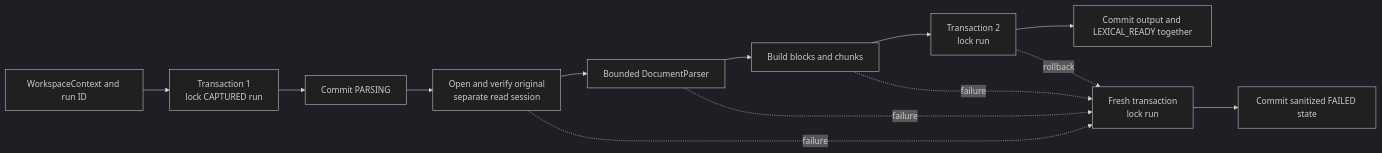
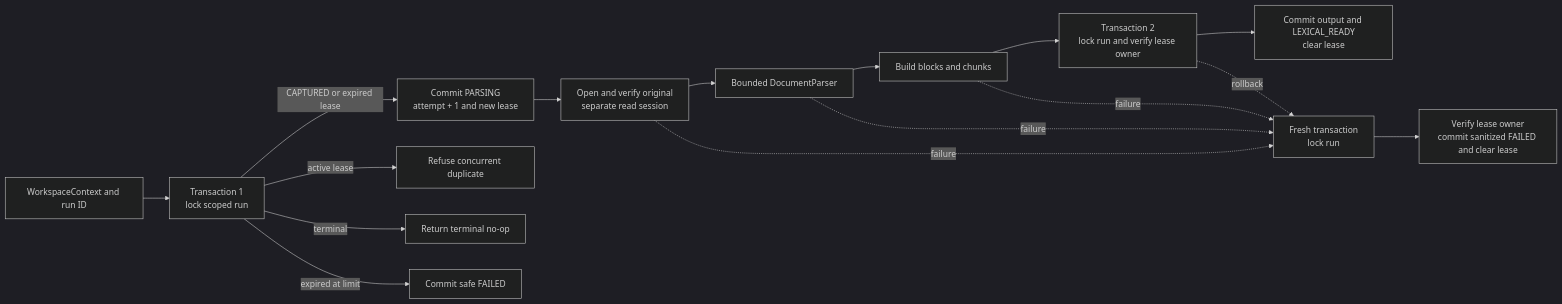
The third of 7 diagrams in backend/src/investment_research/modules/processing/README.md (rnkraus/investment-research), drawn with Mermaid (dark theme) before and after one commit. The commit also changed other lines of this file and 18 other files, not shown here.

````diff
--- a/backend/src/investment_research/modules/processing/README.md
+++ b/backend/src/investment_research/modules/processing/README.md
@@ -91,15 +105,18 @@
 ```mermaid
 flowchart LR
-    INPUT[WorkspaceContext and run ID] --> START[Transaction 1<br/>lock CAPTURED run]
-    START --> PARSING[Commit PARSING]
+    INPUT[WorkspaceContext and run ID] --> START[Transaction 1<br/>lock scoped run]
+    START -->|CAPTURED or expired lease| PARSING[Commit PARSING<br/>attempt + 1 and new lease]
+    START -->|active lease| BUSY[Refuse concurrent duplicate]
+    START -->|terminal| NOOP[Return terminal no-op]
+    START -->|expired at limit| EXHAUSTED[Commit safe FAILED]
     PARSING --> ORIGINAL[Open and verify original<br/>separate read session]
     ORIGINAL --> PARSER[Bounded DocumentParser]
     PARSER --> BUILD[Build blocks and chunks]
-    BUILD --> SUCCESS[Transaction 2<br/>lock run]
-    SUCCESS --> READY[Commit output and LEXICAL_READY together]
+    BUILD --> SUCCESS[Transaction 2<br/>lock run and verify lease owner]
+    SUCCESS --> READY[Commit output and LEXICAL_READY<br/>clear lease]
     ORIGINAL -. failure .-> FAILURE[Fresh transaction<br/>lock run]
     PARSER -. failure .-> FAILURE
     BUILD -. failure .-> FAILURE
     SUCCESS -. rollback .-> FAILURE
-    FAILURE --> FAILED[Commit sanitized FAILED state]
+    FAILURE --> FAILED[Verify lease owner<br/>commit sanitized FAILED and clear lease]
 ```
````
